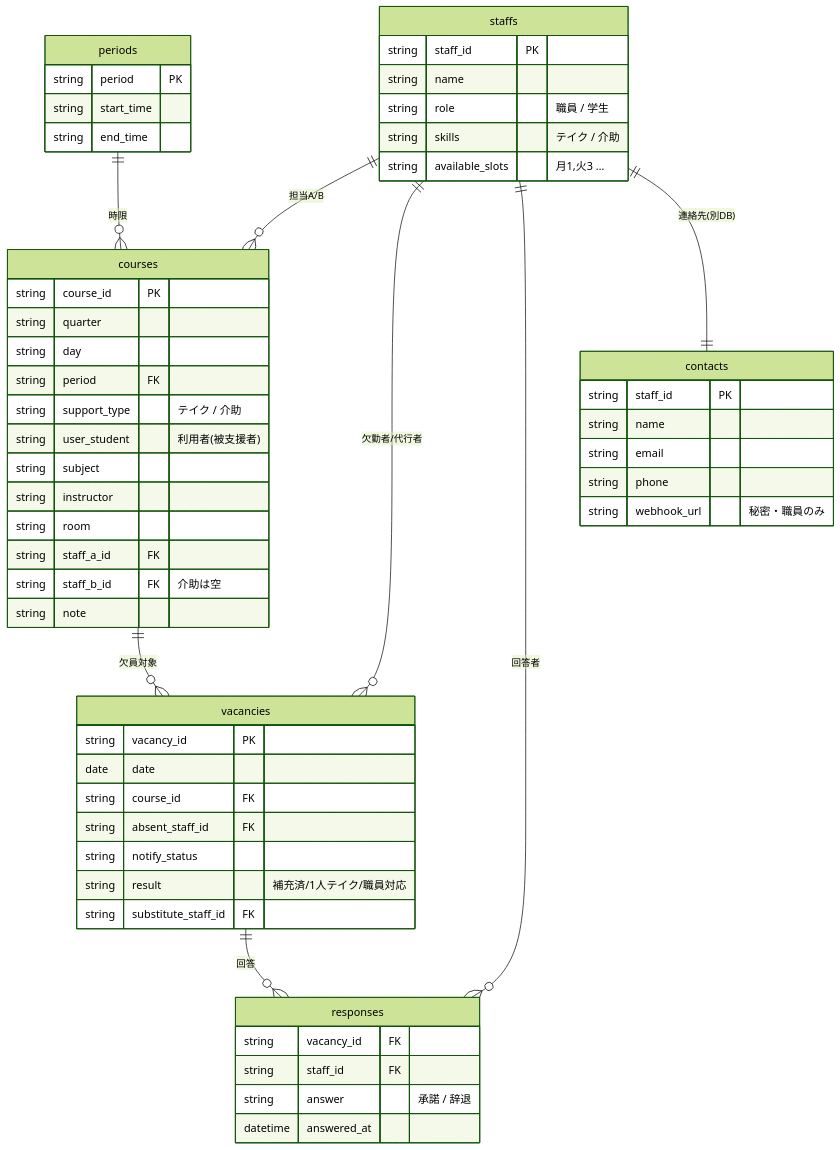
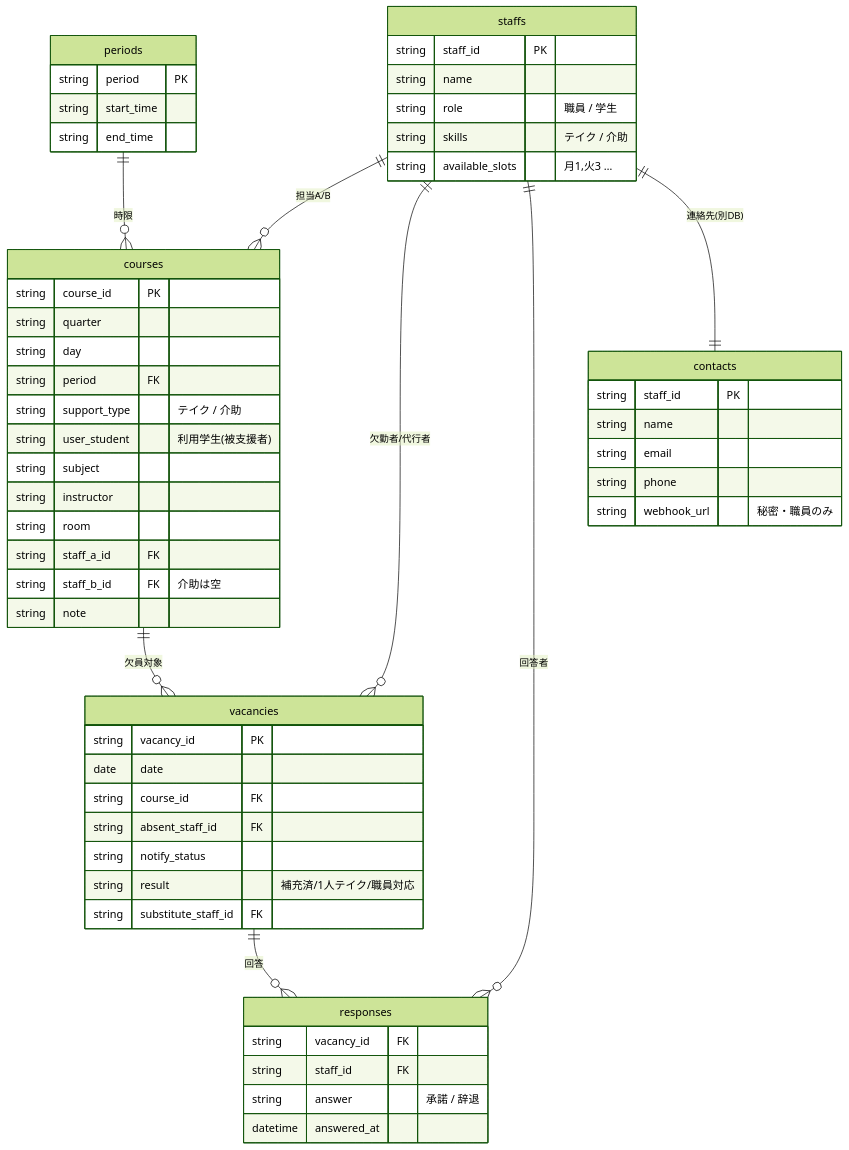
One commit to Nakano-official/takeover changed the second of 3 diagrams in docs/spec/architecture.md. Above: the diagram before and after it, drawn with Mermaid (forest theme). The commit also changed other lines of this file and 4 other files, not shown here.

First line of the commit message:
docs: 残っていた「利用者」表記を「利用学生」に統一（issue #7-3）

````diff
--- a/docs/spec/architecture.md
+++ b/docs/spec/architecture.md
@@ -123,59 +123,59 @@
 ```mermaid
 erDiagram
     staffs   ||--o{ courses    : "担当A/B"
     periods  ||--o{ courses    : "時限"
     courses  ||--o{ vacancies  : "欠員対象"
     staffs   ||--o{ vacancies  : "欠勤者/代行者"
     vacancies ||--o{ responses : "回答"
     staffs   ||--o{ responses  : "回答者"
     staffs   ||--|| contacts   : "連絡先(別DB)"
 
     staffs {
         string staff_id PK
         string name
         string role "職員 / 学生"
         string skills "テイク / 介助"
         string available_slots "月1,火3 …"
     }
     courses {
         string course_id PK
         string quarter
         string day
         string period FK
         string support_type "テイク / 介助"
-        string user_student "利用者(被支援者)"
+        string user_student "利用学生(被支援者)"
         string subject
         string instructor
         string room
         string staff_a_id FK
         string staff_b_id FK "介助は空"
         string note
     }
     vacancies {
         string vacancy_id PK
         date   date
         string course_id FK
         string absent_staff_id FK
         string notify_status
         string result "補充済/1人テイク/職員対応"
         string substitute_staff_id FK
     }
     responses {
         string vacancy_id FK
         string staff_id FK
         string answer "承諾 / 辞退"
         datetime answered_at
     }
     periods {
         string period PK
         string start_time
         string end_time
     }
     contacts {
         string staff_id PK
         string name
         string email
         string phone
         string webhook_url "秘密・職員のみ"
     }
 ```
````
